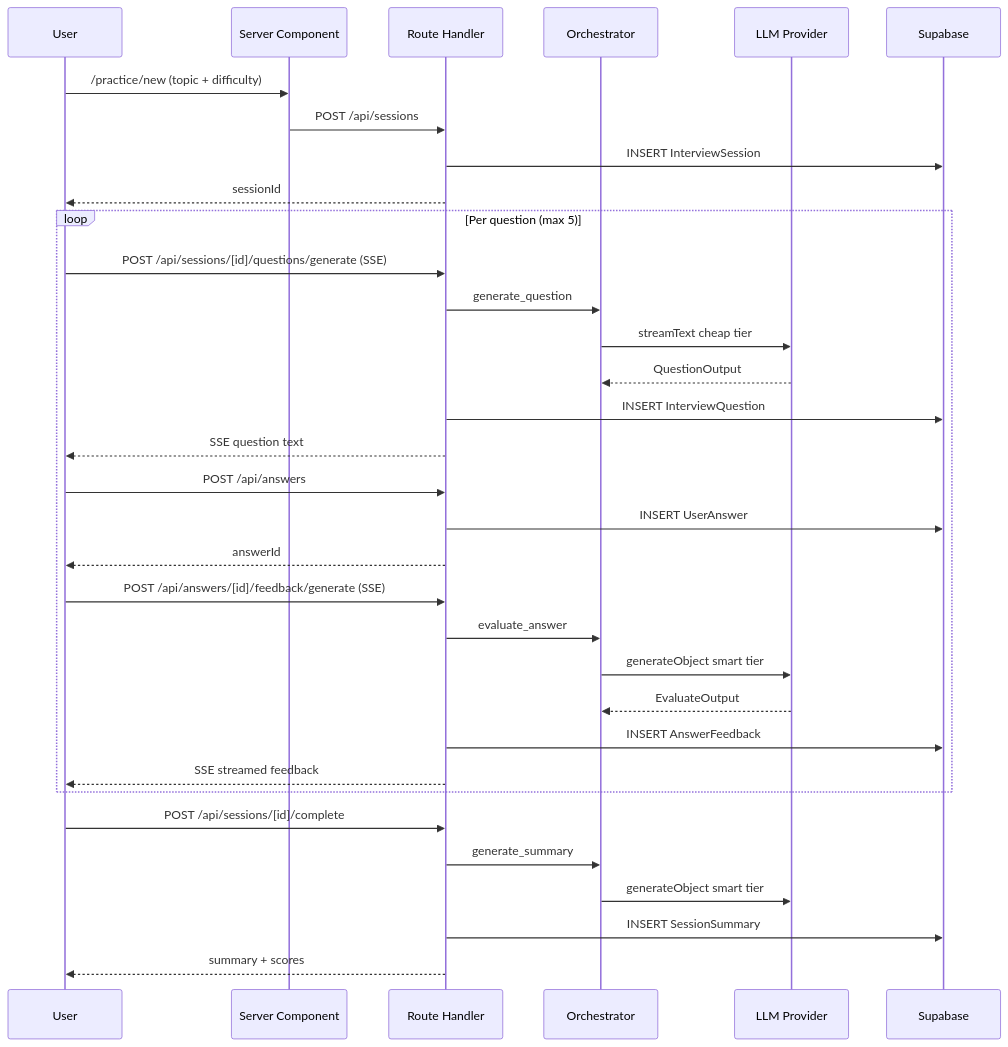
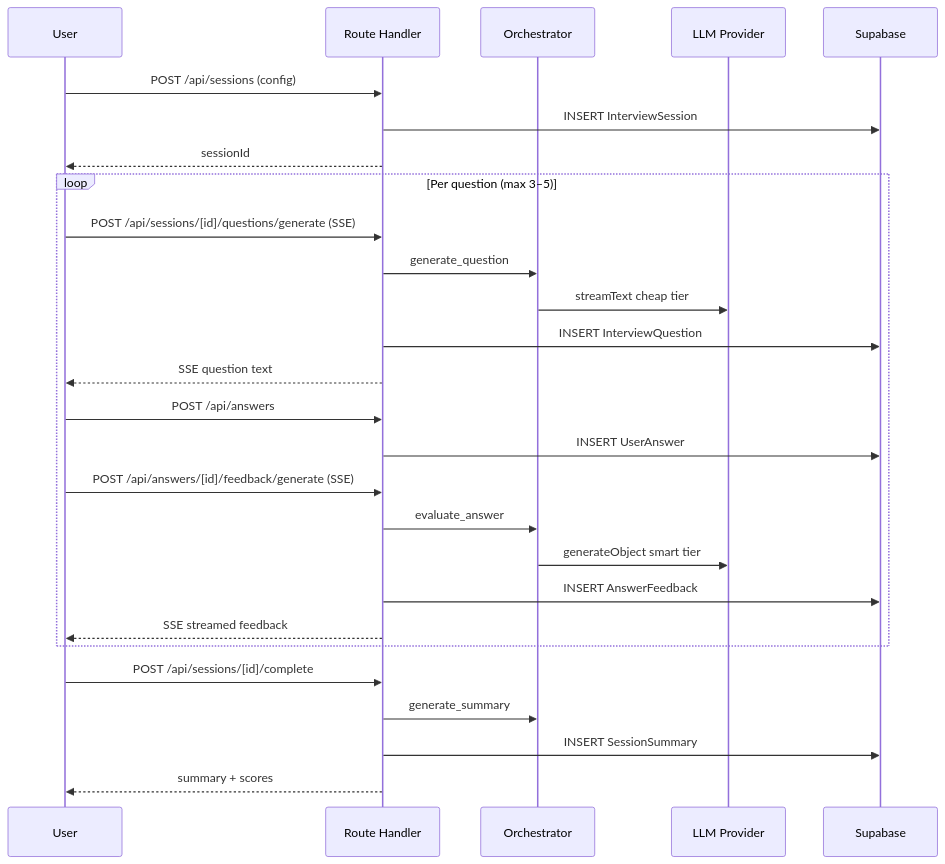
The fifth of 13 diagrams in docs/system-architecture.md (lqtrung-95/ai-fe-interview), drawn with Mermaid before and after one commit. The commit also changed other lines of this file and 6 other files, not shown here.

````diff
--- a/docs/system-architecture.md
+++ b/docs/system-architecture.md
@@ -288,40 +383,34 @@
 ```mermaid
 sequenceDiagram
     participant U as User
-    participant RSC as Server Component
     participant API as Route Handler
     participant Orch as Orchestrator
     participant LLM as LLM Provider
     participant DB as Supabase
 
-    U->>RSC: /practice/new (topic + difficulty)
-    RSC->>API: POST /api/sessions
+    U->>API: POST /api/sessions (config)
     API->>DB: INSERT InterviewSession
     API-->>U: sessionId
 
-    loop Per question (max 5)
+    loop Per question (max 3–5)
         U->>API: POST /api/sessions/[id]/questions/generate (SSE)
         API->>Orch: generate_question
         Orch->>LLM: streamText cheap tier
-        LLM-->>Orch: QuestionOutput
         API->>DB: INSERT InterviewQuestion
         API-->>U: SSE question text
 
         U->>API: POST /api/answers
         API->>DB: INSERT UserAnswer
-        API-->>U: answerId
 
         U->>API: POST /api/answers/[id]/feedback/generate (SSE)
         API->>Orch: evaluate_answer
         Orch->>LLM: generateObject smart tier
-        LLM-->>Orch: EvaluateOutput
         API->>DB: INSERT AnswerFeedback
         API-->>U: SSE streamed feedback
     end
 
     U->>API: POST /api/sessions/[id]/complete
     API->>Orch: generate_summary
-    Orch->>LLM: generateObject smart tier
     API->>DB: INSERT SessionSummary
     API-->>U: summary + scores
 ```
````
